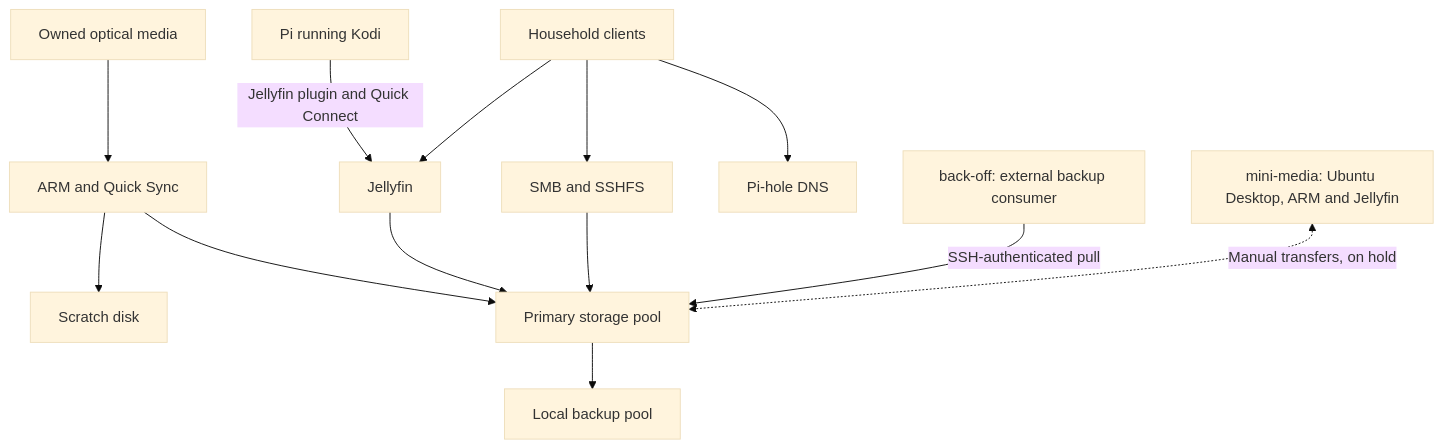
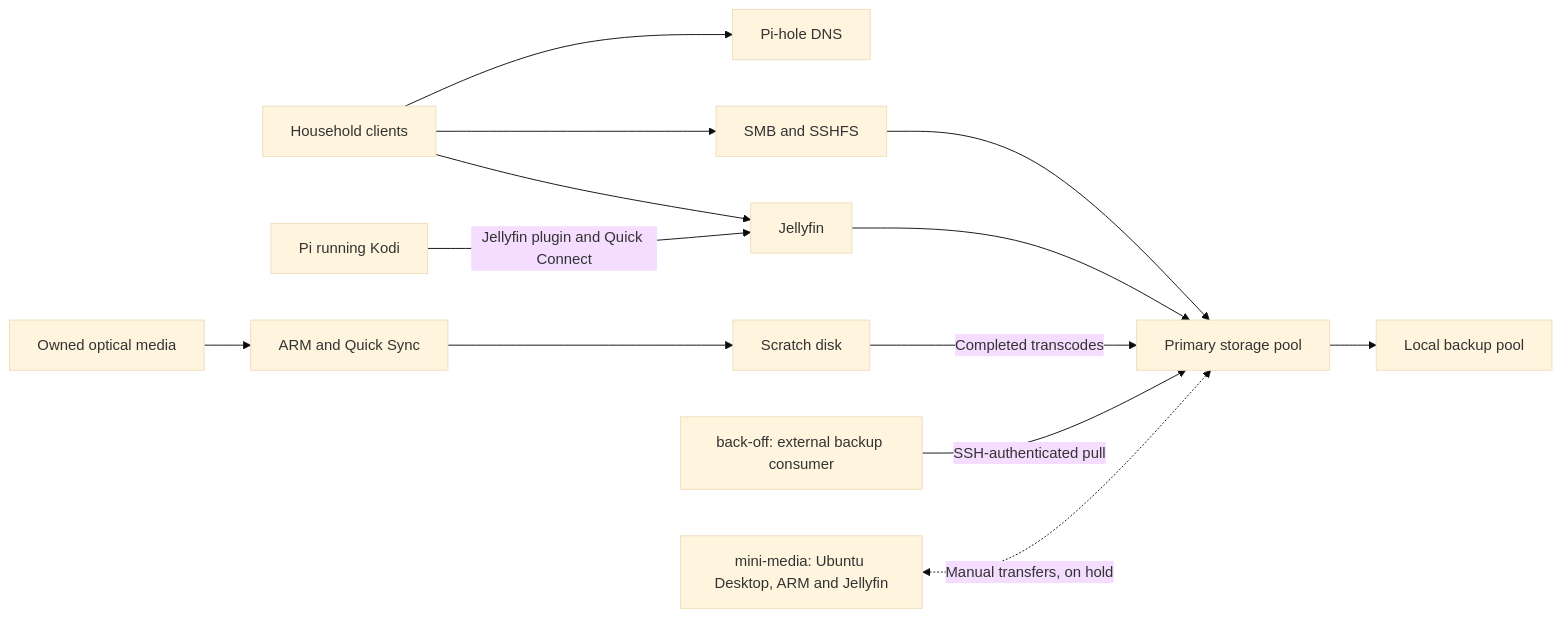
One commit to jdwalt/media-machine changed the diagram in README.md. Above: the diagram before and after it, drawn with Mermaid (base theme).

Commit message:
Update README.md
Improve Architecture render.

````diff
--- a/README.md
+++ b/README.md
@@ -45,15 +45,16 @@
 ```mermaid
-flowchart TD
+flowchart LR
+    W -->|"Completed transcodes"| P["Primary storage pool"]
     C["Household clients"] --> J["Jellyfin"]
+    R["Pi running Kodi"] -->|"Jellyfin plugin and Quick Connect"| J
     C --> F["SMB and SSHFS"]
     C --> D["Pi-hole DNS"]
     O["Owned optical media"] --> A["ARM and Quick Sync"]
     A --> W["Scratch disk"]
-    A --> P["Primary storage pool"]
     J --> P
     F --> P
     P --> L["Local backup pool"]
     Z["back-off: external backup consumer"] -->|"SSH-authenticated pull"| P
     M["mini-media: Ubuntu Desktop, ARM and Jellyfin"] <-.->|"Manual transfers, on hold"| P
-    R["Pi running Kodi"] -->|"Jellyfin plugin and Quick Connect"| J
+    
 ```
````
